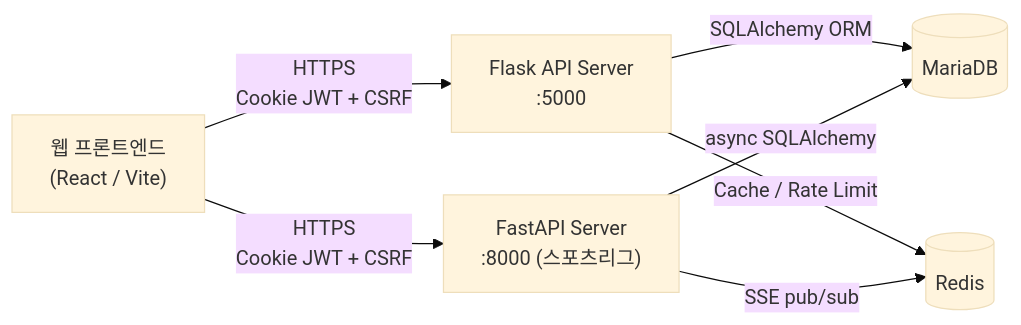
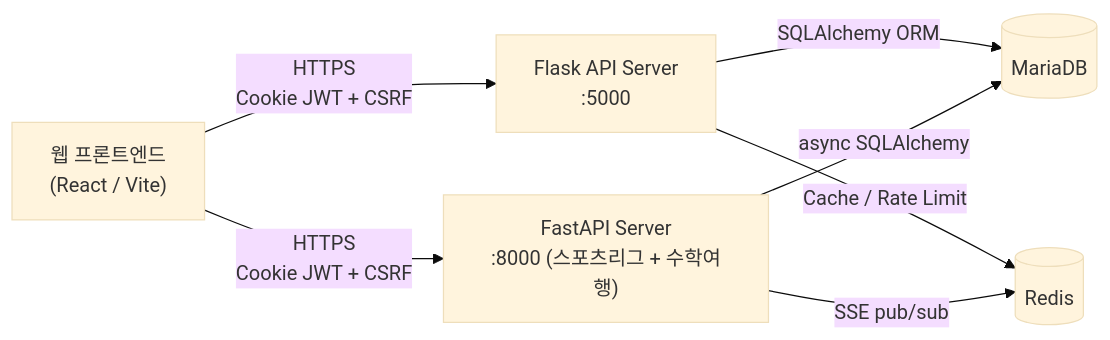
One commit to hanjm-github/beomseo.in changed the first of 3 diagrams in backend/README.md. Above: the diagram before and after it, drawn with Mermaid (base theme). The commit also changed other lines of this file and 43 other files, not shown here.

````diff
--- a/backend/README.md
+++ b/backend/README.md
@@ -8,15 +8,15 @@
 ```mermaid
 flowchart LR
     Client["웹 프론트엔드<br/>(React / Vite)"]
     Flask["Flask API Server<br/>:5000"]
-    FastAPI["FastAPI Server<br/>:8000 (스포츠리그)"]
+    FastAPI["FastAPI Server<br/>:8000 (스포츠리그 + 수학여행)"]
     MariaDB[("MariaDB")]
     Redis[("Redis")]
 
     Client -->|"HTTPS<br/>Cookie JWT + CSRF"| Flask
     Client -->|"HTTPS<br/>Cookie JWT + CSRF"| FastAPI
     Flask -->|SQLAlchemy ORM| MariaDB
     FastAPI -->|async SQLAlchemy| MariaDB
     Flask -->|Cache / Rate Limit| Redis
     FastAPI -->|SSE pub/sub| Redis
 ```
````
